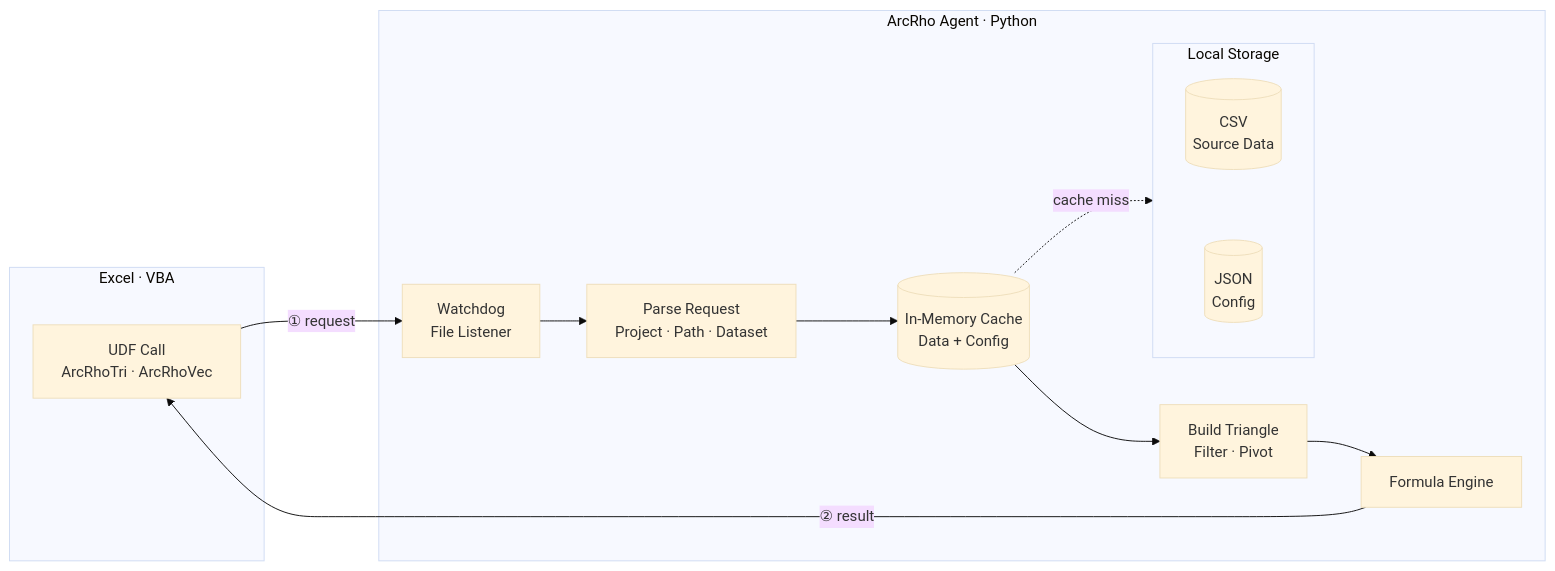
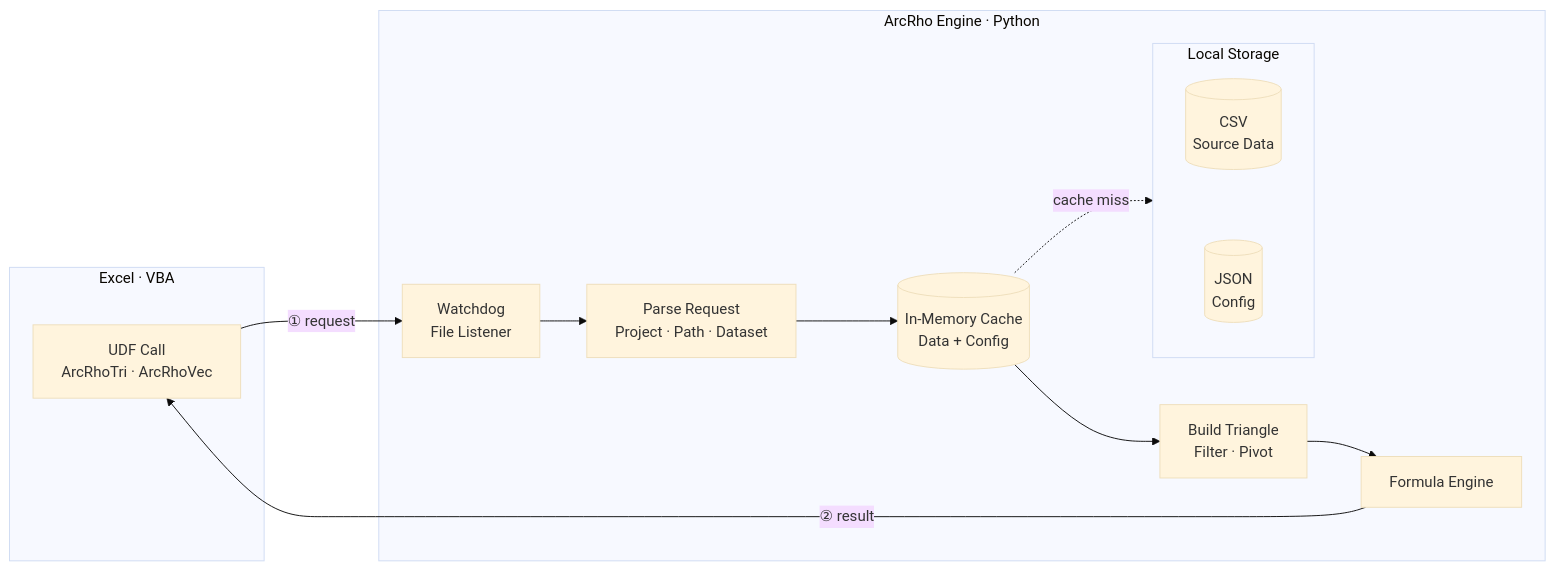
Before and after one commit to xw2781/ADAS-Actuarial-Data-Analysis-System: the diagram in README.md, drawn with Mermaid (base theme). The commit also changed other lines of this file, not shown here.

````diff
--- a/README.md
+++ b/README.md
@@ -29,17 +29,17 @@
 ```mermaid
 flowchart LR
     subgraph Excel["Excel · VBA"]
         A[UDF Call\nArcRhoTri · ArcRhoVec]
     end
 
-    subgraph Engine["ArcRho Agent · Python"]
+    subgraph Engine["ArcRho Engine · Python"]
         B[Watchdog\nFile Listener] --> C[Parse Request\nProject · Path · Dataset] --> D[(In-Memory Cache\nData + Config)] --> E[Build Triangle\nFilter · Pivot] --> F[Formula Engine]
         subgraph Store["Local Storage"]
             K[(CSV\nSource Data)] ~~~ L[(JSON\nConfig)]
         end
         D -.->|cache miss| Store
     end
 
     A -->|"① request"| B
     F -->|"② result"| A
 ```
````
